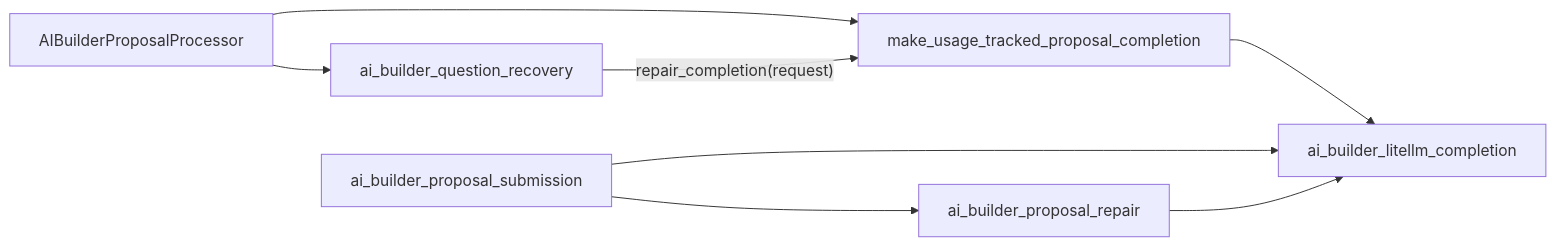
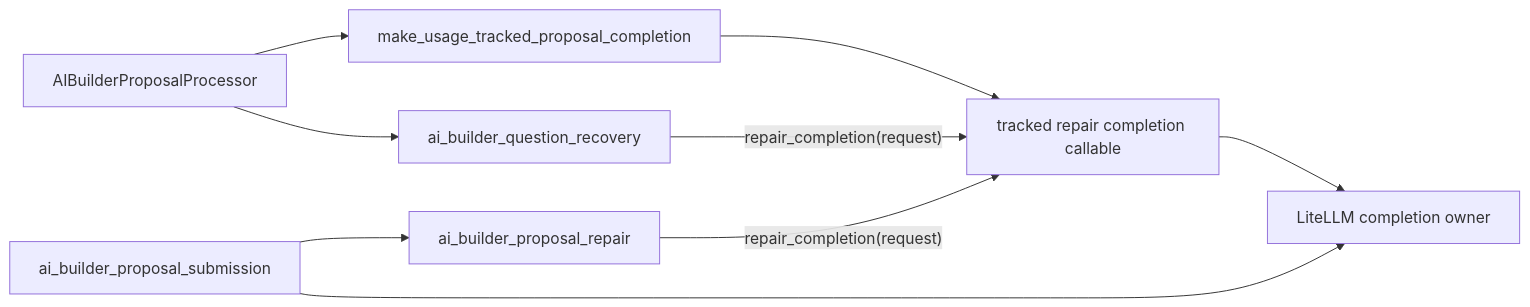
Before and after one commit to eneo-ai/eneo: the diagram in docs/flows/flow-ai-builder-phase4-question-recovery-completion-boundary.md, drawn with Mermaid. The commit also changed other lines of this file and 2 other files, not shown here.

````diff
--- a/docs/flows/flow-ai-builder-phase4-question-recovery-completion-boundary.md
+++ b/docs/flows/flow-ai-builder-phase4-question-recovery-completion-boundary.md
@@ -28,17 +30,19 @@
 ```mermaid
 flowchart LR
   Processor["AIBuilderProposalProcessor"]
   QR["ai_builder_question_recovery"]
   CompletionFactory["make_usage_tracked_proposal_completion"]
-  Completion["ai_builder_litellm_completion"]
+  TrackedCompletion["tracked repair completion callable"]
+  Completion["LiteLLM completion owner"]
   Repair["ai_builder_proposal_repair"]
   Submission["ai_builder_proposal_submission"]
 
   Processor --> QR
   Processor --> CompletionFactory
-  CompletionFactory --> Completion
-  QR -->|"repair_completion(request)"| CompletionFactory
+  CompletionFactory --> TrackedCompletion
+  QR -->|"repair_completion(request)"| TrackedCompletion
+  TrackedCompletion --> Completion
   Submission --> Completion
   Submission --> Repair
-  Repair --> Completion
+  Repair -->|"repair_completion(request)"| TrackedCompletion
 ```
````
